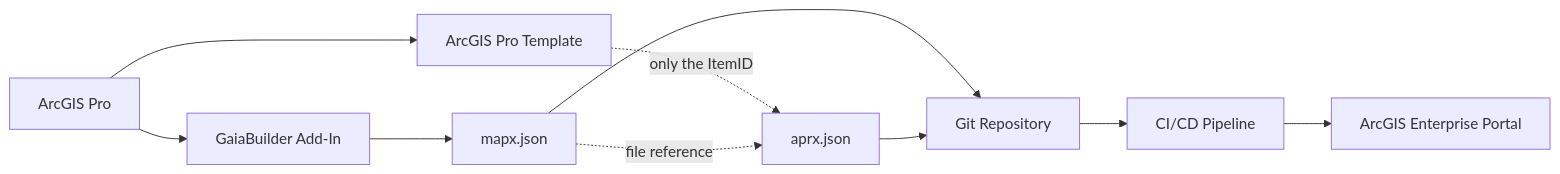
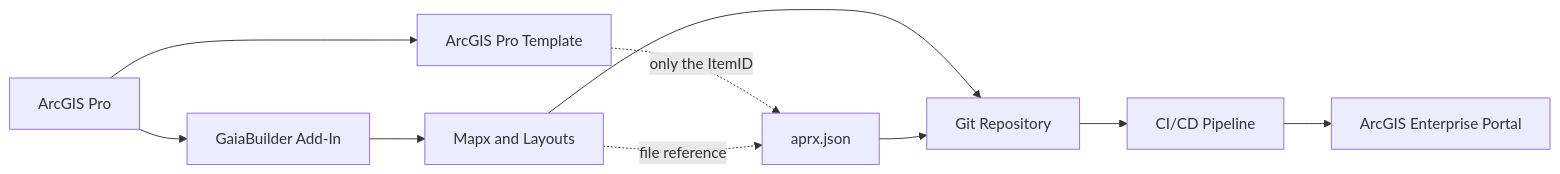
The diagram in Configuration_examples/Publishing an ArcGIS Pro template file/readme.md (merkator-software/GaiaBuilder-manual), drawn with Mermaid before and after one commit.

Commit message:
change mermaid

````diff
--- a/Configuration_examples/Publishing an ArcGIS Pro template file/readme.md
+++ b/Configuration_examples/Publishing an ArcGIS Pro template file/readme.md
@@ -16,21 +16,21 @@
 ```mermaid
 graph LR
   pro[ArcGIS Pro]
   addon[GaiaBuilder Add-In]
   aptx[ArcGIS Pro Template]
-  mapx[mapx.json]
+  mapx[Mapx and Layouts]
   aprx[aprx.json]
   git[Git Repository]
   pipeline[CI/CD Pipeline]
   portal[ArcGIS Enterprise Portal]
 
   pro --> aptx
   aptx -.->|only the ItemID| aprx
   pro --> addon
   addon --> mapx
   mapx --> git
   mapx -.->|file reference|aprx
   aprx --> git
   git --> pipeline
   pipeline --> portal
 ```
````
